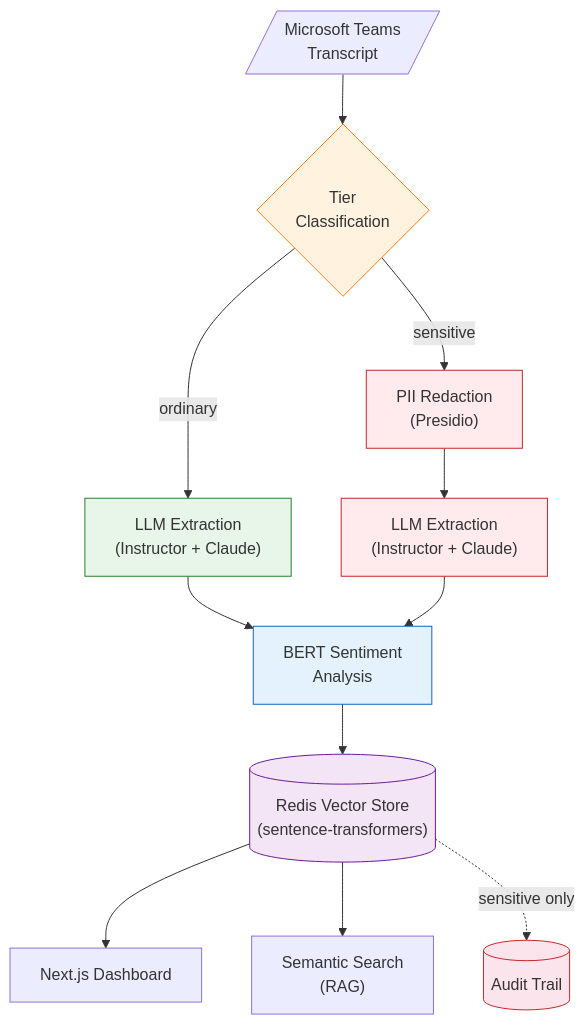
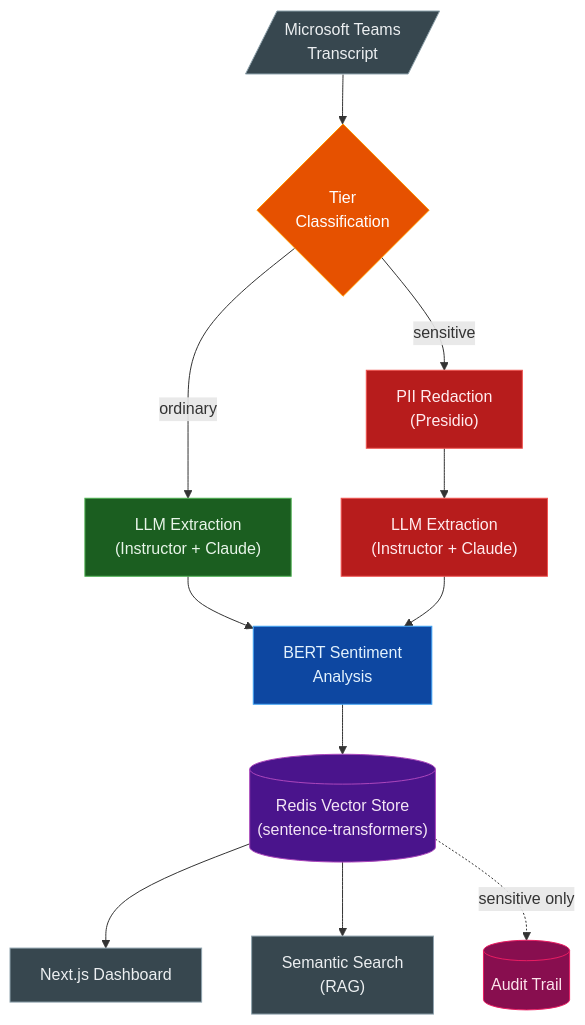
The diagram in README.md (anderson-ufrj/meeting-intelligence), drawn with Mermaid before and after one commit.

Commit message:
docs(readme): use dark-friendly colors in Mermaid diagram
Switch from light pastel fills to saturated dark fills with explicit
white text color, improving readability on GitHub dark mode.

````diff
--- a/README.md
+++ b/README.md
@@ -9,21 +9,24 @@
 ```mermaid
 flowchart TD
     A[/"Microsoft Teams\nTranscript"/] --> B{"Tier\nClassification"}
     B -->|ordinary| C["LLM Extraction\n(Instructor + Claude)"]
     B -->|sensitive| D["PII Redaction\n(Presidio)"]
     D --> E["LLM Extraction\n(Instructor + Claude)"]
     C --> F["BERT Sentiment\nAnalysis"]
     E --> F
     F --> G[("Redis Vector Store\n(sentence-transformers)")]
     G --> H["Next.js Dashboard"]
     G --> I["Semantic Search\n(RAG)"]
     G -.->|sensitive only| J[("Audit Trail")]
 
-    style B fill:#fff3e0,stroke:#f57f17
-    style C fill:#e8f5e9,stroke:#2e7d32
-    style D fill:#ffebee,stroke:#c62828
-    style E fill:#ffebee,stroke:#c62828
-    style F fill:#e3f2fd,stroke:#1565c0
-    style G fill:#f3e5f5,stroke:#6a1b9a
-    style J fill:#fce4ec,stroke:#c62828
+    style A fill:#37474f,stroke:#90a4ae,color:#eceff1
+    style B fill:#e65100,stroke:#ff9800,color:#fff
+    style C fill:#1b5e20,stroke:#4caf50,color:#e8f5e9
+    style D fill:#b71c1c,stroke:#ef5350,color:#ffebee
+    style E fill:#b71c1c,stroke:#ef5350,color:#ffebee
+    style F fill:#0d47a1,stroke:#42a5f5,color:#e3f2fd
+    style G fill:#4a148c,stroke:#ab47bc,color:#f3e5f5
+    style H fill:#37474f,stroke:#90a4ae,color:#eceff1
+    style I fill:#37474f,stroke:#90a4ae,color:#eceff1
+    style J fill:#880e4f,stroke:#e91e63,color:#fce4ec
 ```
````
